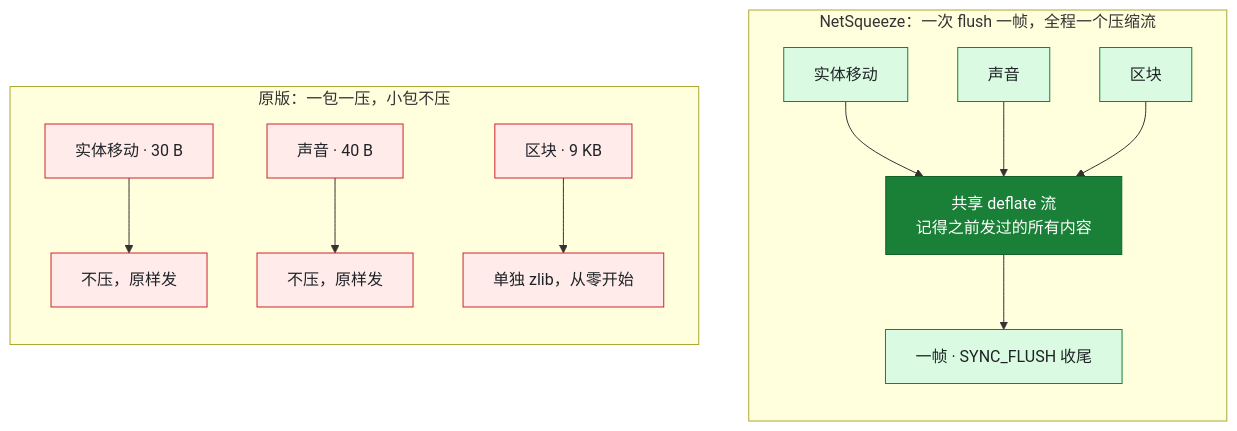
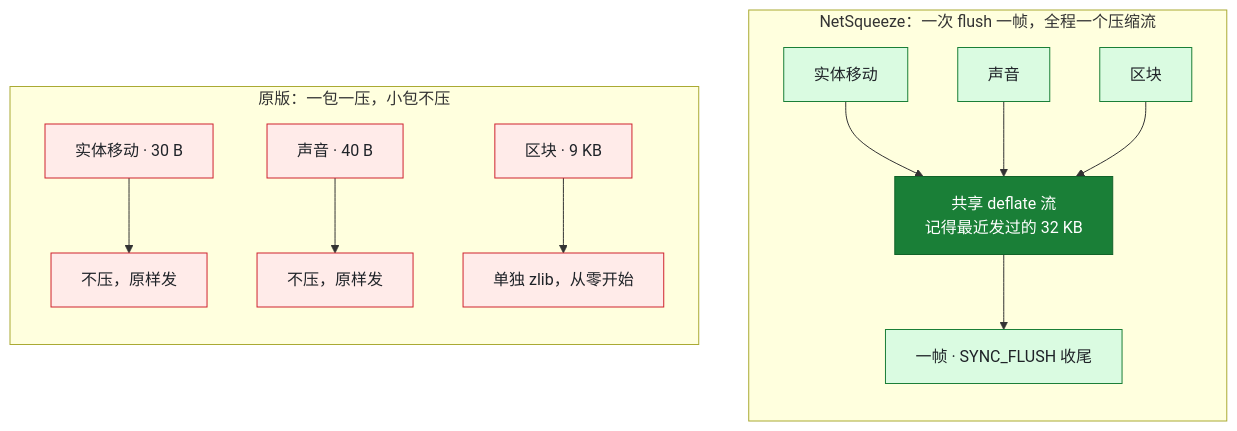
The first of 3 diagrams in README.md (GoldenCarrotMCS/NetSqueeze_Plus), drawn with Mermaid before and after one commit.

Commit message:
README 流程图纠正：共享 deflate 流只记得最近发过的 32 KB，不是之前发过的所有内容

````diff
--- a/README.md
+++ b/README.md
@@ -83,23 +83,23 @@
 ```mermaid
 flowchart LR
     subgraph V["原版：一包一压，小包不压"]
         direction TB
         a1["实体移动 · 30 B"] --> b1["不压，原样发"]
         a2["声音 · 40 B"] --> b2["不压，原样发"]
         a3["区块 · 9 KB"] --> b3["单独 zlib，从零开始"]
     end
     subgraph N["NetSqueeze：一次 flush 一帧，全程一个压缩流"]
         direction TB
         c1["实体移动"] --> D
         c2["声音"] --> D
         c3["区块"] --> D
-        D["共享 deflate 流<br/>记得之前发过的所有内容"] --> F["一帧 · SYNC_FLUSH 收尾"]
+        D["共享 deflate 流<br/>记得最近发过的 32 KB"] --> F["一帧 · SYNC_FLUSH 收尾"]
     end
     V ~~~ N
     classDef old fill:#ffebe9,stroke:#cf222e,color:#1f2328
     classDef new fill:#dafbe1,stroke:#1a7f37,color:#1f2328
     classDef hub fill:#1a7f37,stroke:#116329,color:#ffffff
     class a1,a2,a3,b1,b2,b3 old
     class c1,c2,c3,F new
     class D hub
 ```
````
